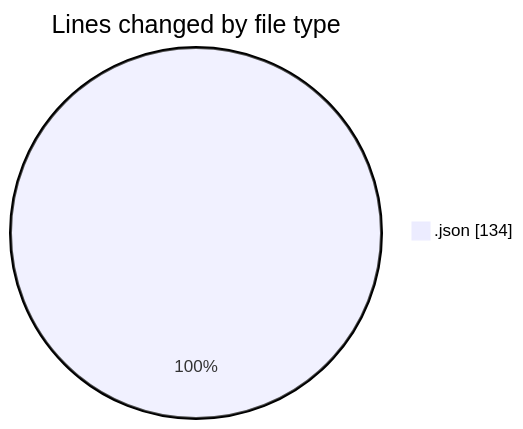
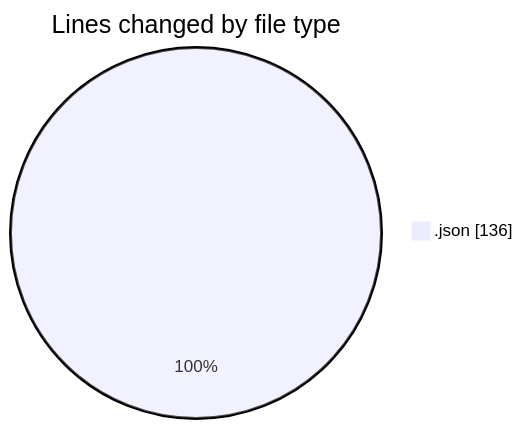
One commit to EIIisD/code-tracking changed the first of 2 diagrams in 2025-07-22/_claude-code-router/README.md. Above: the diagram before and after it, drawn with Mermaid. The commit also changed other lines of this file and 1 other file, not shown here.

````diff
--- a/2025-07-22/_claude-code-router/README.md
+++ b/2025-07-22/_claude-code-router/README.md
@@ -20,5 +20,5 @@
 ```mermaid
 pie showData
 title Lines changed by file type
-".json" : 134
+".json" : 136
 ```
````
